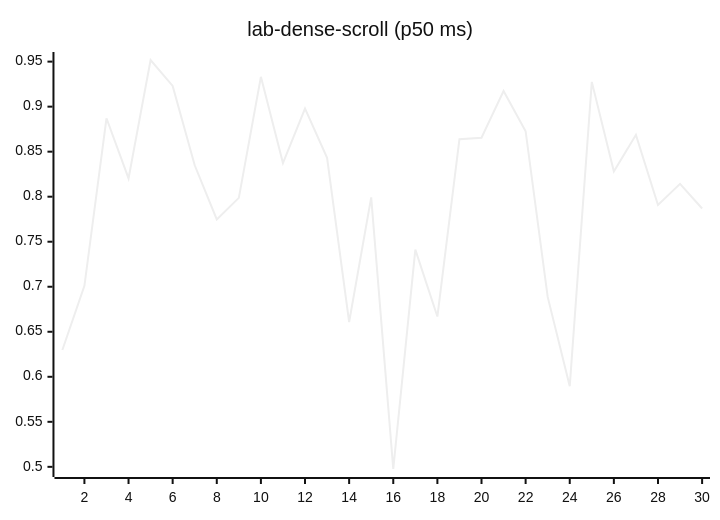
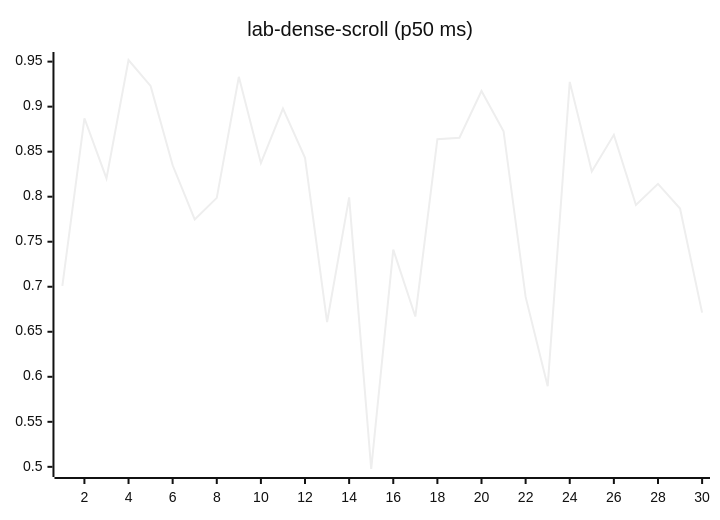
Diagram 12 of 27 in README.md (josha/Facet), drawn with Mermaid (neutral theme) before and after one commit. The commit also changed other lines of this file and 2 other files, not shown here.

````diff
--- a/README.md
+++ b/README.md
@@ -140,6 +140,6 @@
 ```mermaid
 xychart-beta
     title "lab-dense-scroll (p50 ms)"
     x-axis 1 --> 30
-    line [0.6297, 0.7010, 0.8871, 0.8203, 0.9518, 0.9230, 0.8349, 0.7748, 0.7987, 0.9331, 0.8374, 0.8979, 0.8432, 0.6608, 0.7993, 0.4976, 0.7412, 0.6669, 0.8638, 0.8655, 0.9174, 0.8727, 0.6887, 0.5895, 0.9275, 0.8280, 0.8687, 0.7908, 0.8143, 0.7869]
+    line [0.7010, 0.8871, 0.8203, 0.9518, 0.9230, 0.8349, 0.7748, 0.7987, 0.9331, 0.8374, 0.8979, 0.8432, 0.6608, 0.7993, 0.4976, 0.7412, 0.6669, 0.8638, 0.8655, 0.9174, 0.8727, 0.6887, 0.5895, 0.9275, 0.8280, 0.8687, 0.7908, 0.8143, 0.7869, 0.6713]
 ```
````
